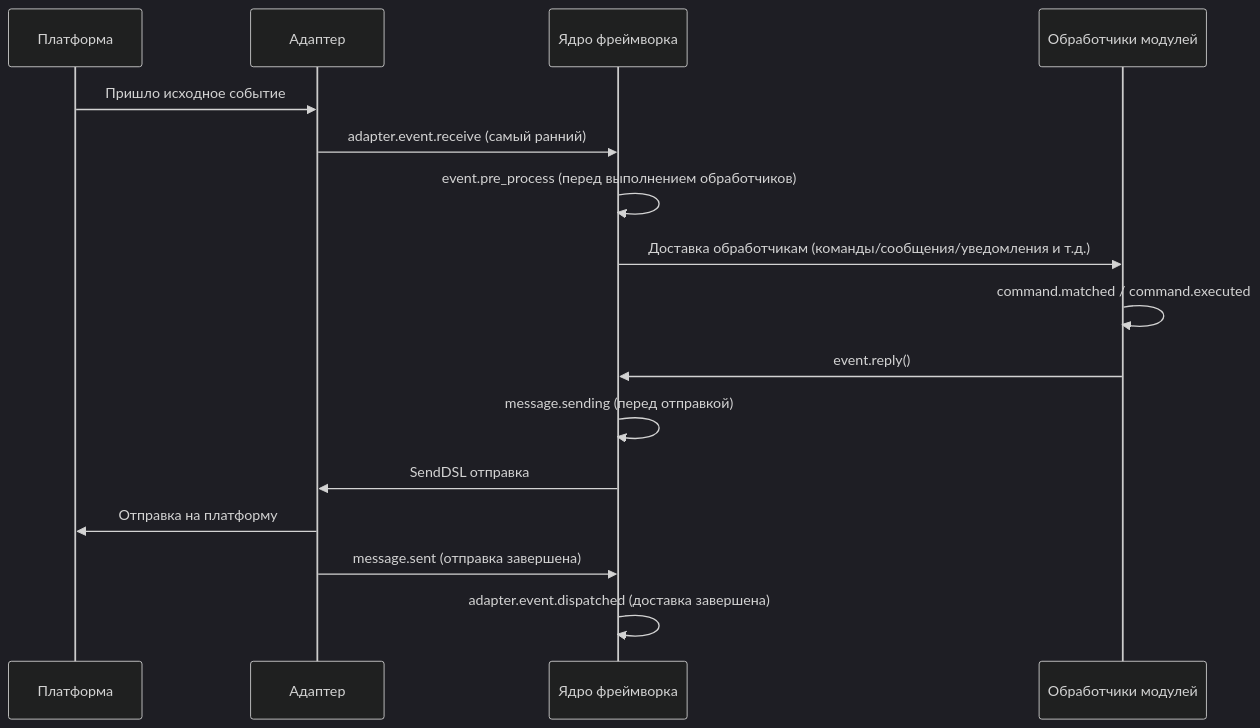
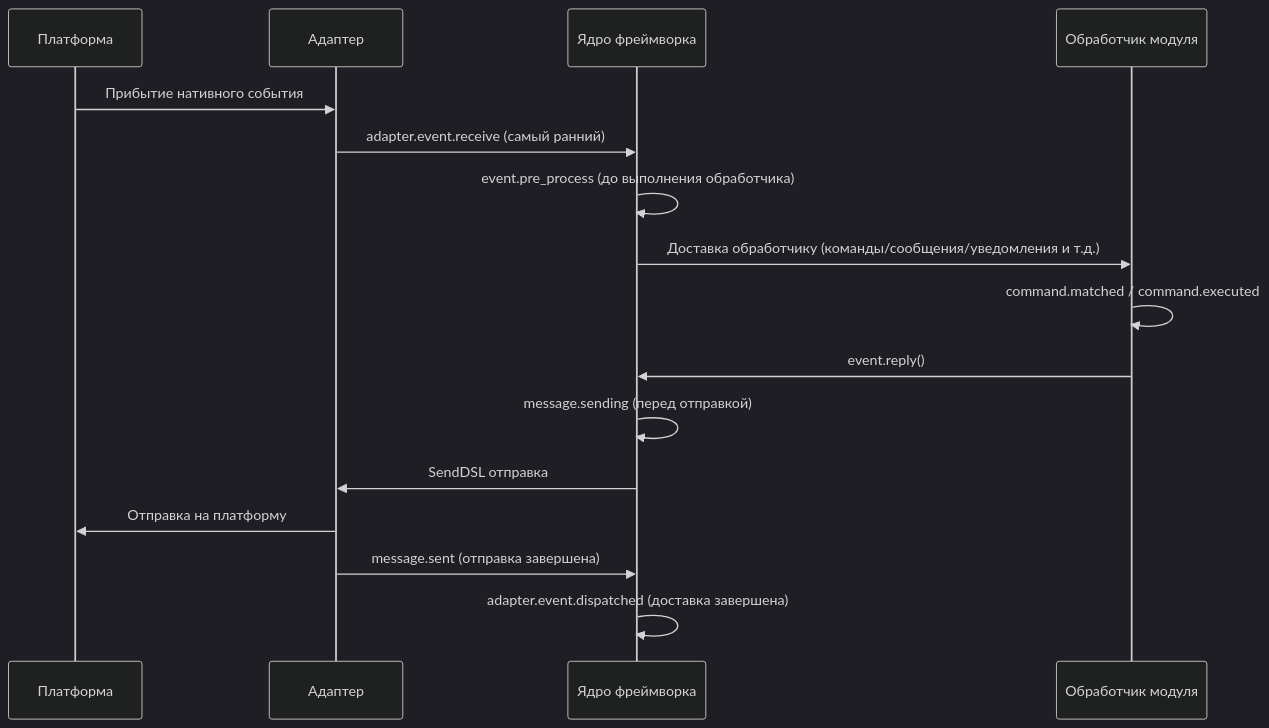
Before and after one commit to ErisPulse/ErisPulse: the diagram in docs/ru/advanced/lifecycle.md, drawn with Mermaid (dark theme). The commit also changed other lines of this file and 105 other files, not shown here.

````diff
--- a/docs/ru/advanced/lifecycle.md
+++ b/docs/ru/advanced/lifecycle.md
@@ -124,19 +124,19 @@
 ```mermaid
 sequenceDiagram
     participant P as Платформа
     participant A as Адаптер
     participant F as Ядро фреймворка
-    participant M as Обработчики модулей
+    participant M as Обработчик модуля
 
-    P->>A: Пришло исходное событие
+    P->>A: Прибытие нативного события
     A->>F: adapter.event.receive (самый ранний)
-    F->>F: event.pre_process (перед выполнением обработчиков)
-    F->>M: Доставка обработчикам (команды/сообщения/уведомления и т.д.)
+    F->>F: event.pre_process (до выполнения обработчика)
+    F->>M: Доставка обработчику (команды/сообщения/уведомления и т.д.)
     M->>M: command.matched / command.executed
     M->>F: event.reply()
     F->>F: message.sending (перед отправкой)
     F->>A: SendDSL отправка
     A->>P: Отправка на платформу
     A->>F: message.sent (отправка завершена)
     F->>F: adapter.event.dispatched (доставка завершена)
 ```
````
